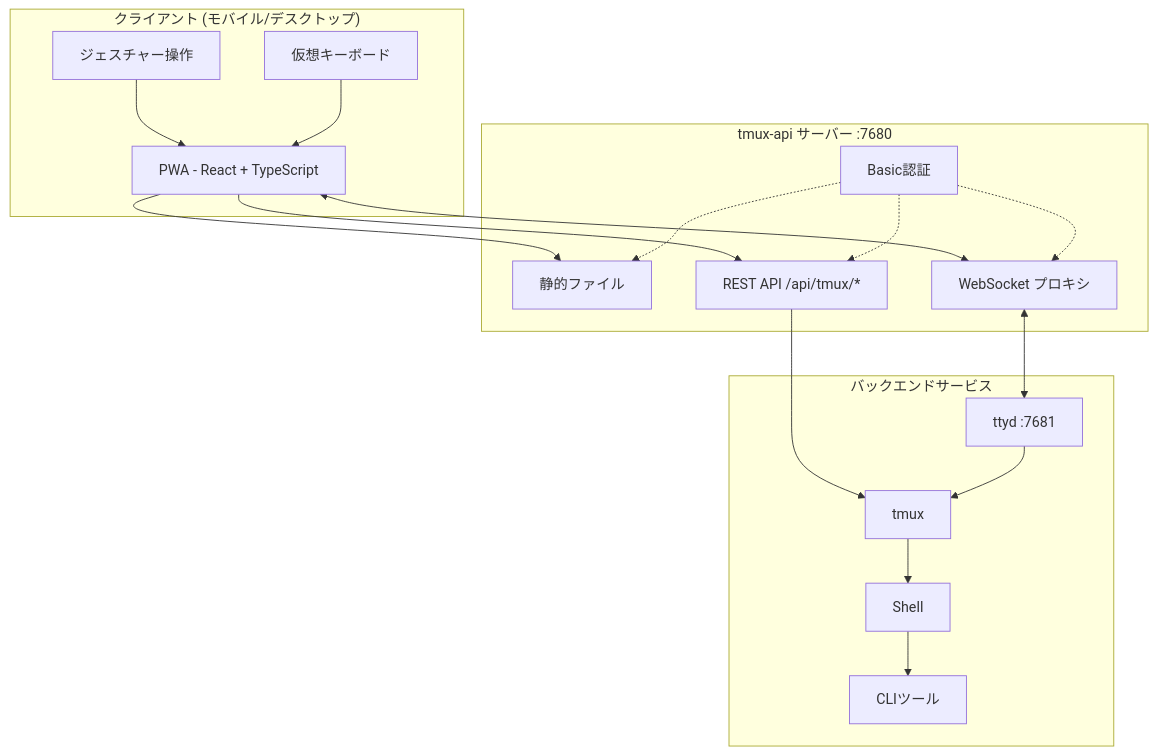
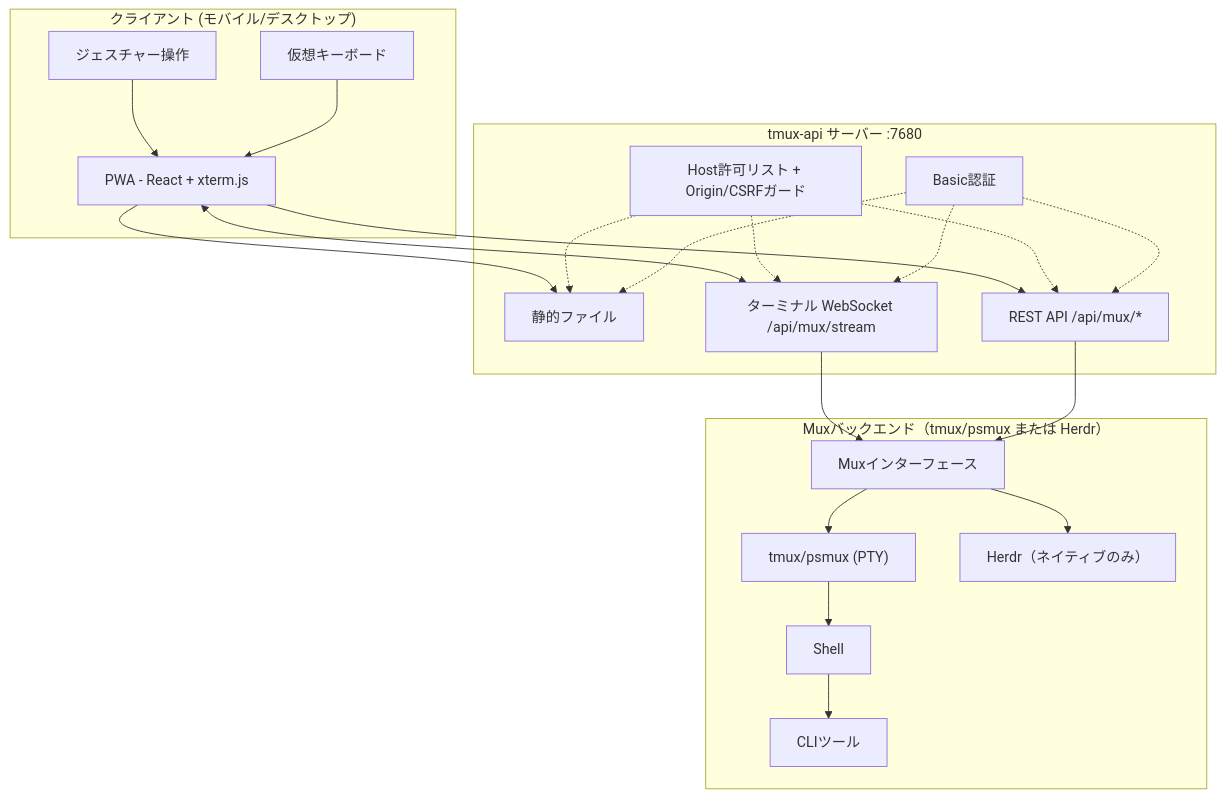
One commit to lamngockhuong/termote changed the first of 2 diagrams in README.ja.md. Above: the diagram before and after it, drawn with Mermaid. The commit also changed other lines of this file and 16 other files, not shown here.

````diff
--- a/README.ja.md
+++ b/README.ja.md
@@ -58,32 +59,36 @@
 ```mermaid
 flowchart TB
     subgraph Client["クライアント (モバイル/デスクトップ)"]
-        PWA["PWA - React + TypeScript"]
+        PWA["PWA - React + xterm.js"]
         Gestures["ジェスチャー操作"]
         Keyboard["仮想キーボード"]
     end
 
     subgraph Server["tmux-api サーバー :7680"]
         Static["静的ファイル"]
-        Proxy["WebSocket プロキシ"]
-        API["REST API /api/tmux/*"]
+        Stream["ターミナル WebSocket /api/mux/stream"]
+        API["REST API /api/mux/*"]
+        Guard["Host許可リスト + Origin/CSRFガード"]
         Auth["Basic認証"]
     end
 
-    subgraph Backend["バックエンドサービス"]
-        ttyd["ttyd :7681"]
-        tmux["tmux"]
+    subgraph Backend["Muxバックエンド（tmux/psmux または Herdr）"]
+        Mux["Muxインターフェース"]
+        tmux["tmux/psmux (PTY)"]
+        herdr["Herdr（ネイティブのみ）"]
         Shell["Shell"]
         Tools["CLIツール"]
     end
 
     Gestures --> PWA
     Keyboard --> PWA
     PWA --> Static
-    PWA <--> Proxy
+    PWA <--> Stream
     PWA --> API
-    Auth -.-> Static & Proxy & API
-    Proxy <--> ttyd
-    API --> tmux
-    ttyd --> tmux --> Shell --> Tools
+    Guard -.-> Static & Stream & API
+    Auth -.-> Static & Stream & API
+    Stream --> Mux
+    API --> Mux
+    Mux --> tmux & herdr
+    tmux --> Shell --> Tools
 ```
````
